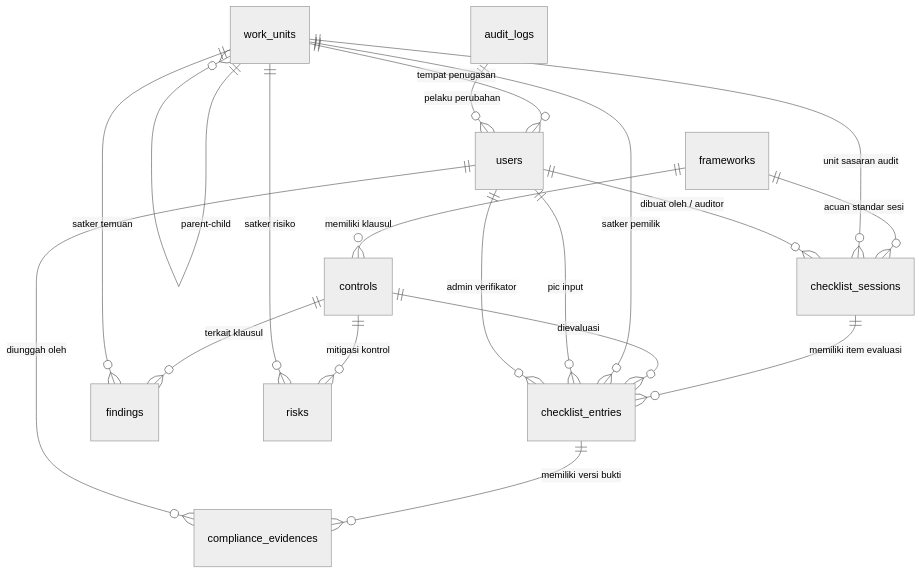
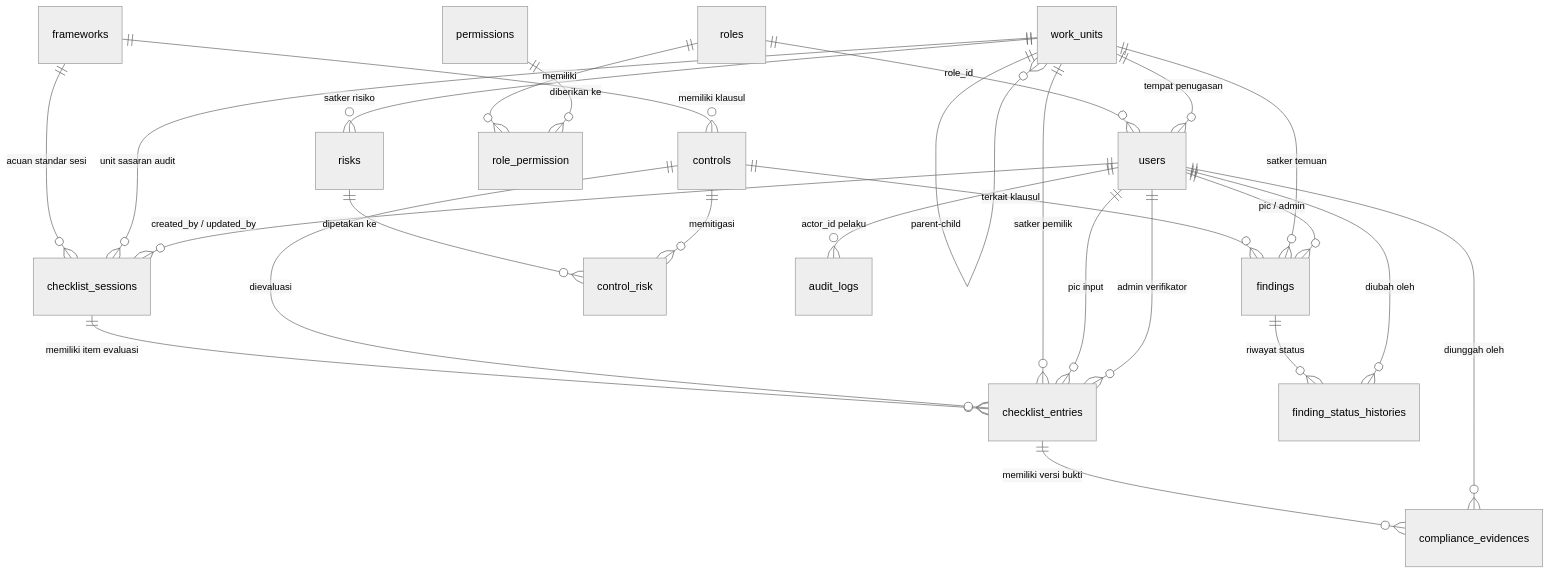
The diagram in docs/DATABASE_SCHEMA.md (DikaPutra1205/SMKI), drawn with Mermaid (neutral theme) before and after one commit. The commit also changed other lines of this file and 1 other file, not shown here.

First line of the commit message:
docs(schema): sync risks deadline removal and pic verify matrix

````diff
--- a/docs/DATABASE_SCHEMA.md
+++ b/docs/DATABASE_SCHEMA.md
@@ -9,21 +11,28 @@
 ```mermaid
 erDiagram
+    roles ||--o{ users : "role_id"
+    work_units ||--o{ work_units : "parent-child"
+    work_units ||--o{ users : "tempat penugasan"
     frameworks ||--o{ controls : "memiliki klausul"
     frameworks ||--o{ checklist_sessions : "acuan standar sesi"
-    work_units ||--o{ work_units : "parent-child"
-    work_units ||--o{ users : "tempat penugasan"
     work_units ||--o{ checklist_sessions : "unit sasaran audit"
-    users ||--o{ checklist_sessions : "dibuat oleh / auditor"
+    users ||--o{ checklist_sessions : "created_by / updated_by"
     checklist_sessions ||--o{ checklist_entries : "memiliki item evaluasi"
     controls ||--o{ checklist_entries : "dievaluasi"
     work_units ||--o{ checklist_entries : "satker pemilik"
     users ||--o{ checklist_entries : "pic input"
     users ||--o{ checklist_entries : "admin verifikator"
     checklist_entries ||--o{ compliance_evidences : "memiliki versi bukti"
     users ||--o{ compliance_evidences : "diunggah oleh"
     controls ||--o{ findings : "terkait klausul"
     work_units ||--o{ findings : "satker temuan"
-    controls ||--o{ risks : "mitigasi kontrol"
+    users ||--o{ findings : "pic / admin"
+    findings ||--o{ finding_status_histories : "riwayat status"
+    users ||--o{ finding_status_histories : "diubah oleh"
     work_units ||--o{ risks : "satker risiko"
-    audit_logs ||--o{ users : "pelaku perubahan"
+    risks ||--o{ control_risk : "dipetakan ke"
+    controls ||--o{ control_risk : "memitigasi"
+    roles ||--o{ role_permission : "memiliki"
+    permissions ||--o{ role_permission : "diberikan ke"
+    users ||--o{ audit_logs : "actor_id pelaku"
 ```
````
